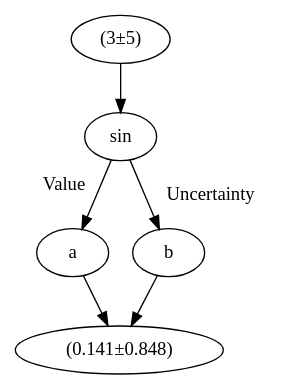
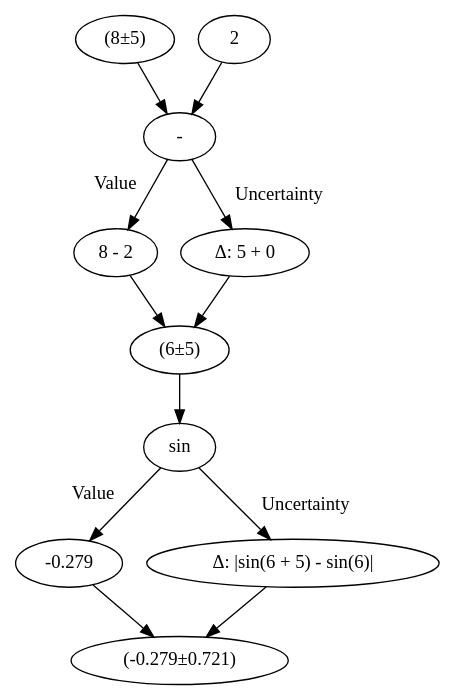
Before and after one commit to thomaslin2020/uncertainty: the diagram in server/scripts/files/file.gv, drawn with Graphviz. The commit also changed 2 other files, not shown here.

```diff
--- a/server/scripts/files/file.gv
+++ b/server/scripts/files/file.gv
@@ -1,12 +1,23 @@
 digraph {
-	0 [label="(3±5)"]
-	1 [label=sin]
-	0 -> 1
-	2 [label=a]
-	3 [label=b]
-	1 -> 2 [xlabel=" Value "]
-	1 -> 3 [label=" Uncertainty "]
-	4 [label="(0.141±0.848)"]
-	2 -> 4
-	3 -> 4
+	6 [label="(8±5)"]
+	7 [label=2]
+	8 [label="-"]
+	6 -> 8
+	7 -> 8
+	9 [label="8 - 2"]
+	10 [label="Δ: 5 + 0"]
+	8 -> 9 [xlabel=" Value "]
+	8 -> 10 [label=" Uncertainty "]
+	11 [label="(6±5)"]
+	9 -> 11
+	10 -> 11
+	12 [label=sin]
+	11 -> 12
+	13 [label=-0.279]
+	14 [label="Δ: |sin(6 + 5) - sin(6)|"]
+	12 -> 13 [xlabel=" Value "]
+	12 -> 14 [label=" Uncertainty "]
+	15 [label="(-0.279±0.721)"]
+	13 -> 15
+	14 -> 15
 }
```
